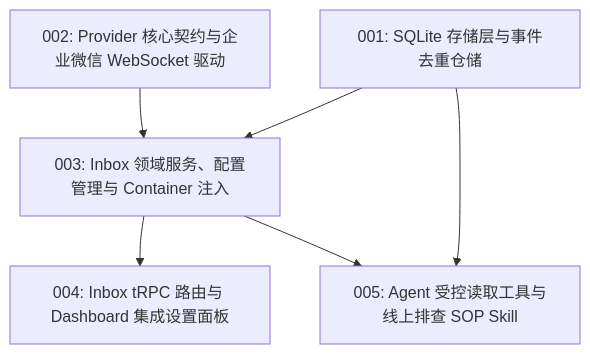
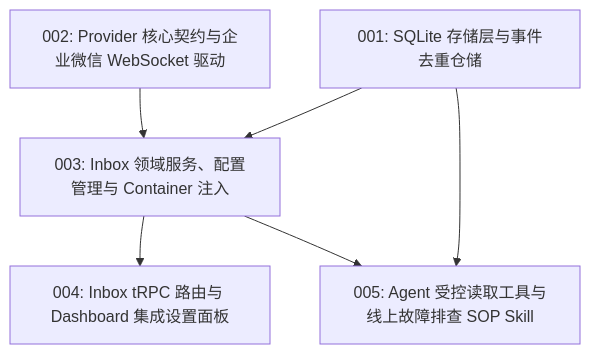
The diagram in docs/tickets/m3/README.md (edisonLzy/Rover), drawn with Mermaid before and after one commit. The commit also changed other lines of this file and 11 other files, not shown here.

````diff
--- a/docs/tickets/m3/README.md
+++ b/docs/tickets/m3/README.md
@@ -12,16 +12,16 @@
 ```mermaid
 flowchart TD
   T001["001: SQLite 存储层与事件去重仓储"]
   T002["002: Provider 核心契约与企业微信 WebSocket 驱动"]
 
   T003["003: Inbox 领域服务、配置管理与 Container 注入"]
   T001 --> T003
   T002 --> T003
 
   T004["004: Inbox tRPC 路由与 Dashboard 集成设置面板"]
   T003 --> T004
 
-  T005["005: Agent 受控读取工具与线上排查 SOP Skill"]
+  T005["005: Agent 受控读取工具与线上故障排查 SOP Skill"]
   T001 --> T005
   T003 --> T005
 ```
````
